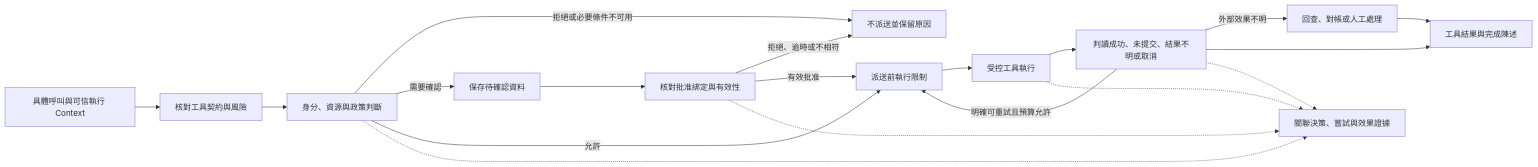
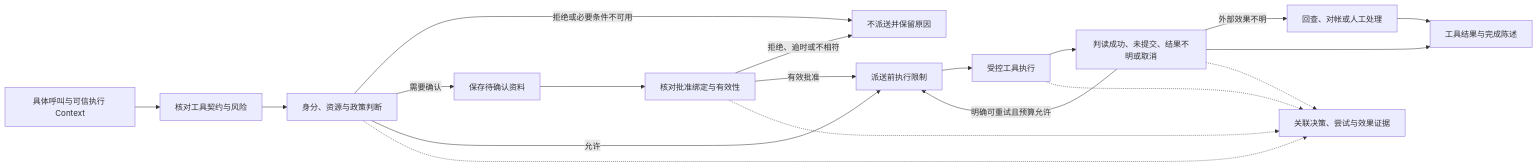
Before and after one commit to HsienW/gun-harness-engineering: the diagram in agent-harness/action-governance/README-zh-CN.md, drawn with Mermaid.

Commit message:
docs(harness-governance): localize the action flow diagram
- Translate action governance labels into Simplified Chinese.
- Preserve authorization branches and execution boundaries.

````diff
--- a/agent-harness/action-governance/README-zh-CN.md
+++ b/agent-harness/action-governance/README-zh-CN.md
@@ -22,21 +22,21 @@
 ```mermaid
 flowchart LR
-    Call[具體呼叫與可信執行 Context] --> Contract[核對工具契約與風險]
-    Contract --> Auth[身分、資源與政策判斷]
-    Auth -->|拒絕或必要條件不可用| Block[不派送並保留原因]
-    Auth -->|需要確認| Pending[保存待確認資料]
-    Pending --> Approval[核對批准綁定與有效性]
-    Approval -->|拒絕、逾時或不相符| Block
-    Approval -->|有效批准| Controls[派送前執行限制]
-    Auth -->|允許| Controls
-    Controls --> Dispatch[受控工具執行]
-    Dispatch --> Outcome[判讀成功、未提交、結果不明或取消]
-    Outcome -->|明確可重試且預算允許| Controls
-    Outcome -->|外部效果不明| Reconcile[回查、對帳或人工處理]
-    Outcome --> Result[工具結果與完成陳述]
+    Call[具体呼叫与可信执行 Context] --> Contract[核对工具契约与风险]
+    Contract --> Auth[身分、资源与政策判断]
+    Auth -->|拒绝或必要条件不可用| Block[不派送并保留原因]
+    Auth -->|需要确认| Pending[保存待确认资料]
+    Pending --> Approval[核对批准绑定与有效性]
+    Approval -->|拒绝、逾时或不相符| Block
+    Approval -->|有效批准| Controls[派送前执行限制]
+    Auth -->|允许| Controls
+    Controls --> Dispatch[受控工具执行]
+    Dispatch --> Outcome[判读成功、未提交、结果不明或取消]
+    Outcome -->|明确可重试且预算允许| Controls
+    Outcome -->|外部效果不明| Reconcile[回查、对帐或人工处理]
+    Outcome --> Result[工具结果与完成陈述]
     Reconcile --> Result
-    Auth -.-> Evidence[關聯決策、嘗試與效果證據]
+    Auth -.-> Evidence[关联决策、尝试与效果证据]
     Approval -.-> Evidence
     Dispatch -.-> Evidence
     Outcome -.-> Evidence
 ```
````
